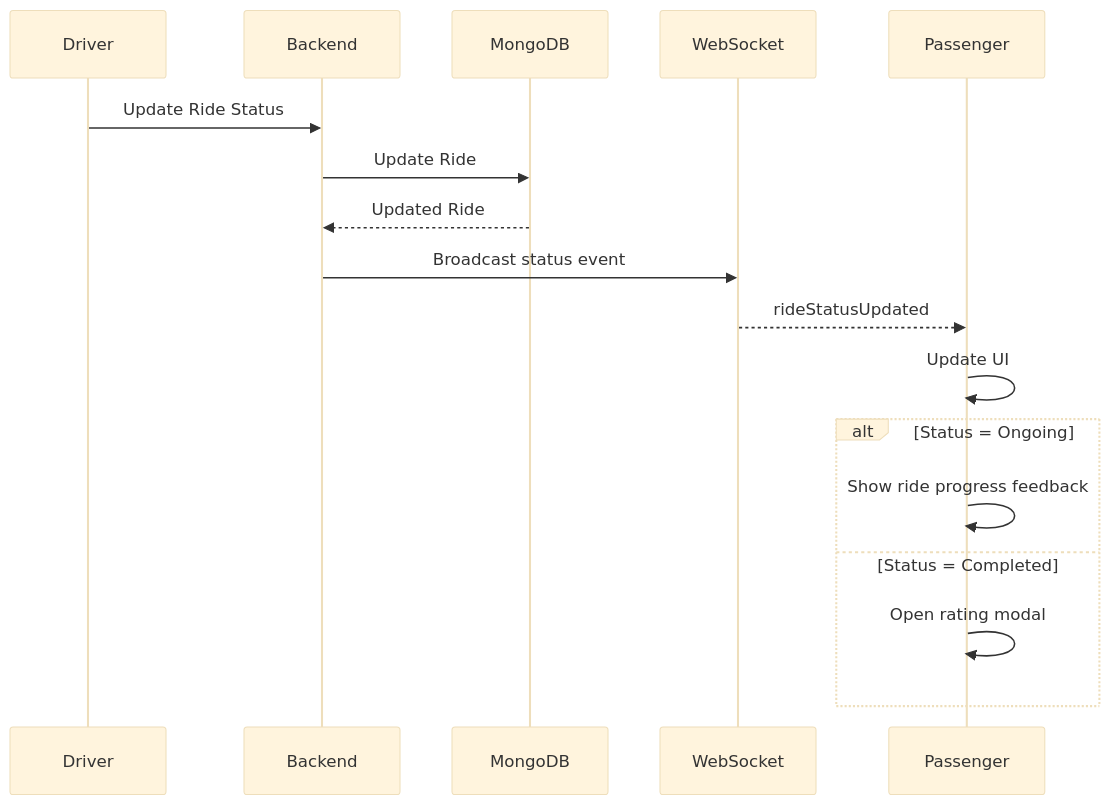
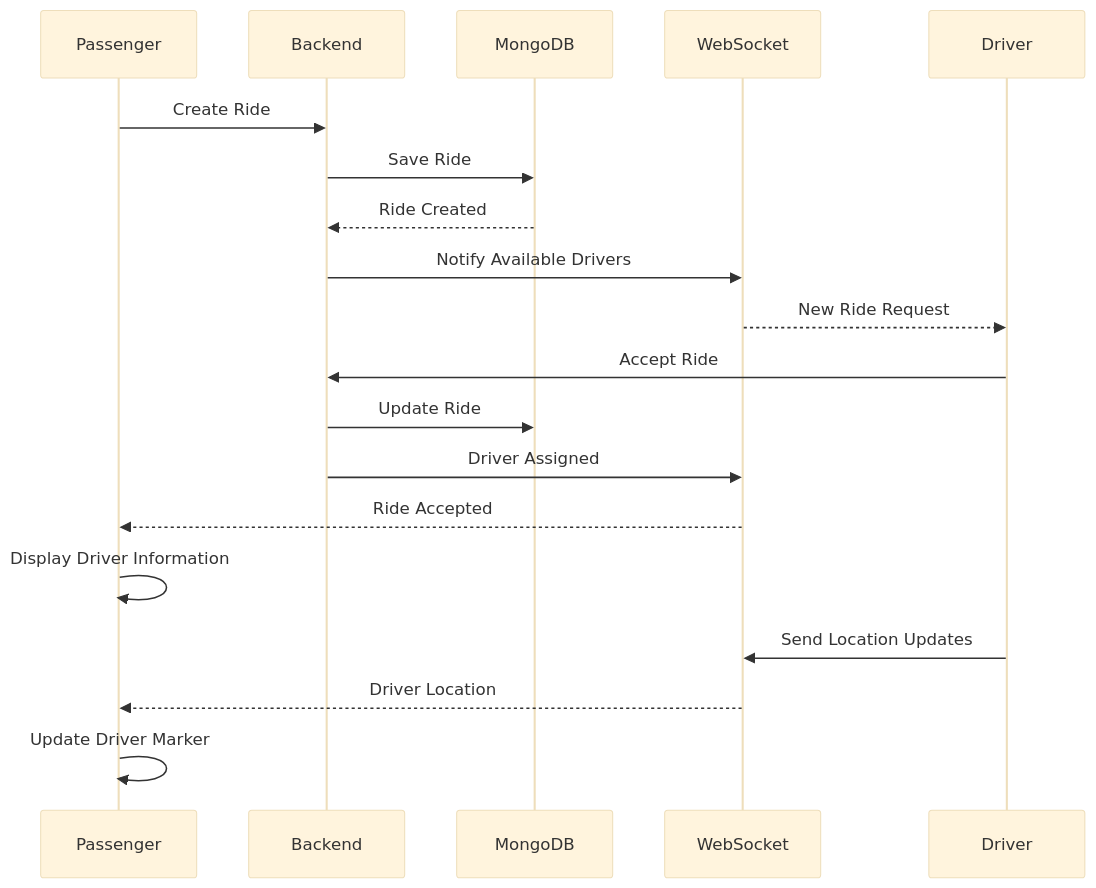
The sixth of 10 diagrams in README.md (Azra-Javed/rawaan-app), drawn with Mermaid (base theme) before and after one commit. The commit also changed other lines of this file, not shown here.

````diff
--- a/README.md
+++ b/README.md
@@ -474,26 +381,29 @@
 ```mermaid
 sequenceDiagram
 
-    participant D as Driver
+    participant P as Passenger
     participant API as Backend
     participant DB as MongoDB
     participant WS as WebSocket
-    participant P as Passenger
+    participant D as Driver
 
-    D->>API: Update Ride Status
+    P->>API: Create Ride
+    API->>DB: Save Ride
+    DB-->>API: Ride Created
+
+    API->>WS: Notify Available Drivers
+    WS-->>D: New Ride Request
+
+    D->>API: Accept Ride
     API->>DB: Update Ride
 
-    DB-->>API: Updated Ride
+    API->>WS: Driver Assigned
+    WS-->>P: Ride Accepted
 
-    API->>WS: Broadcast status event
+    P->>P: Display Driver Information
 
-    WS-->>P: rideStatusUpdated
+    D->>WS: Send Location Updates
+    WS-->>P: Driver Location
 
-    P->>P: Update UI
-
-    alt Status = Ongoing
-        P->>P: Show ride progress feedback
-    else Status = Completed
-        P->>P: Open rating modal
-    end
+    P->>P: Update Driver Marker
 ```
````
